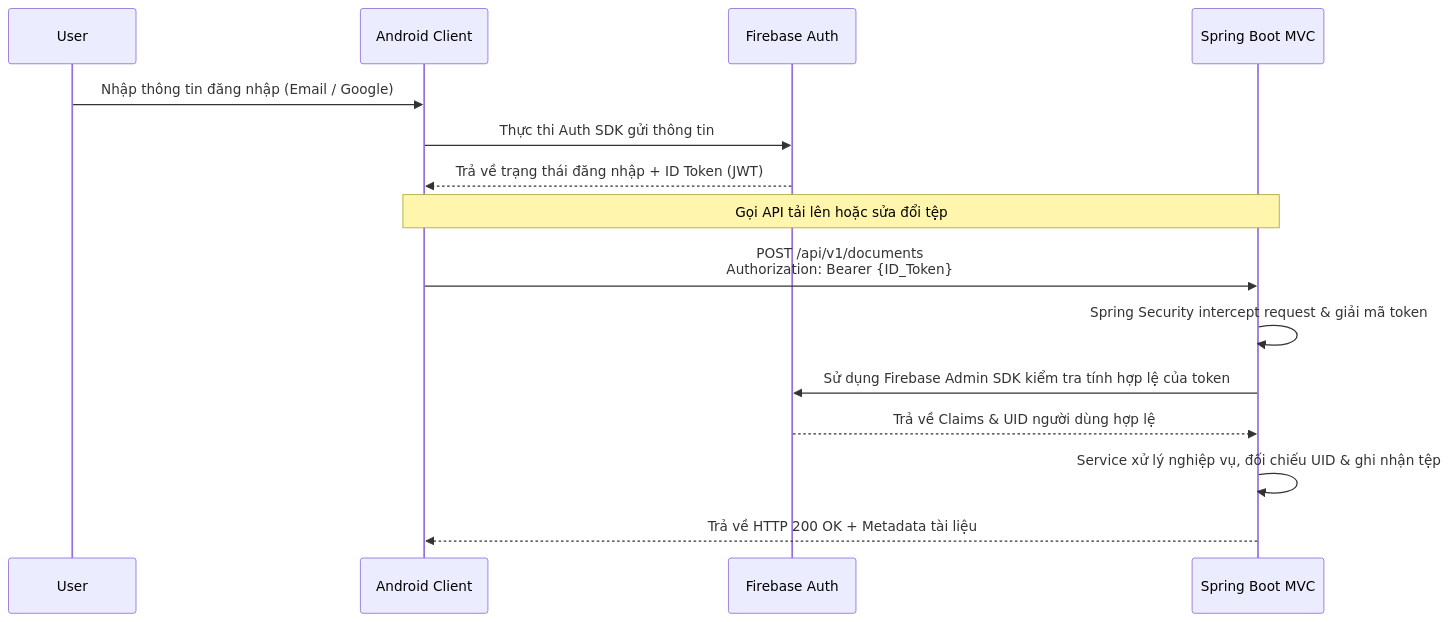
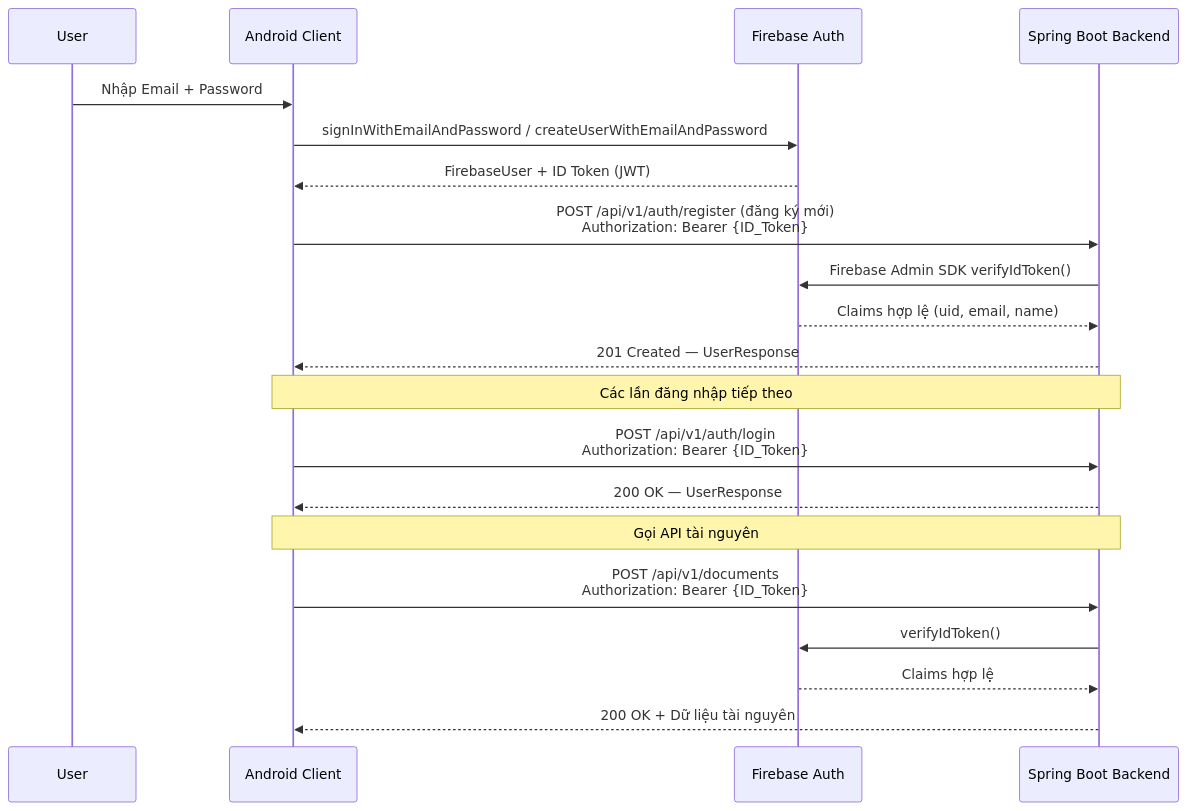
The third of 4 diagrams in docs/Software_Design_Description.md (vthiet/ScanLink), drawn with Mermaid before and after one commit. The commit also changed other lines of this file and 1 other file, not shown here.

Commit message:
doc: add Google sign in spectificatin

````diff
--- a/docs/Software_Design_Description.md
+++ b/docs/Software_Design_Description.md
@@ -250,20 +254,27 @@
 ``` mermaid
 sequenceDiagram
     participant User
     participant App as Android Client
     participant Firebase as Firebase Auth
-    participant Spring as Spring Boot MVC
+    participant Backend as Spring Boot Backend
 
-    User->>App: Nhập thông tin đăng nhập (Email / Google)
-    App->>Firebase: Thực thi Auth SDK gửi thông tin
-    Firebase-->>App: Trả về trạng thái đăng nhập + ID Token (JWT)
+    User->>App: Nhập Email + Password
+    App->>Firebase: signInWithEmailAndPassword / createUserWithEmailAndPassword
+    Firebase-->>App: FirebaseUser + ID Token (JWT)
 
-    Note over App,Spring: Gọi API tải lên hoặc sửa đổi tệp
-    App->>Spring: POST /api/v1/documents<br/>Authorization: Bearer {ID_Token}
-    Spring->>Spring: Spring Security intercept request & giải mã token
-    Spring->>Firebase: Sử dụng Firebase Admin SDK kiểm tra tính hợp lệ của token
-    Firebase-->>Spring: Trả về Claims & UID người dùng hợp lệ
-    Spring->>Spring: Service xử lý nghiệp vụ, đối chiếu UID & ghi nhận tệp
-    Spring-->>App: Trả về HTTP 200 OK + Metadata tài liệu
+    App->>Backend: POST /api/v1/auth/register (đăng ký mới)<br/>Authorization: Bearer {ID_Token}
+    Backend->>Firebase: Firebase Admin SDK verifyIdToken()
+    Firebase-->>Backend: Claims hợp lệ (uid, email, name)
+    Backend-->>App: 201 Created — UserResponse
+
+    Note over App,Backend: Các lần đăng nhập tiếp theo
+    App->>Backend: POST /api/v1/auth/login<br/>Authorization: Bearer {ID_Token}
+    Backend-->>App: 200 OK — UserResponse
+
+    Note over App,Backend: Gọi API tài nguyên
+    App->>Backend: POST /api/v1/documents<br/>Authorization: Bearer {ID_Token}
+    Backend->>Firebase: verifyIdToken()
+    Firebase-->>Backend: Claims hợp lệ
+    Backend-->>App: 200 OK + Dữ liệu tài nguyên
 
 ```
````
